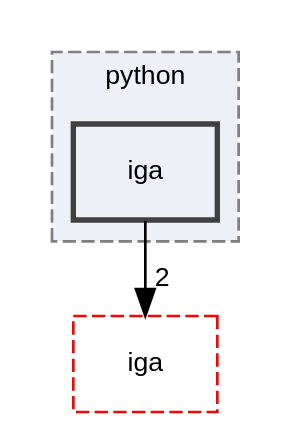
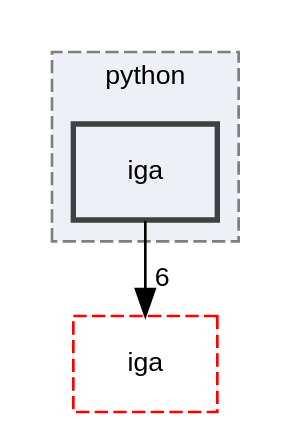
Before and after one commit to rath3t/dune-iga-doc: the diagram in dir_4df0bd6c9c69aa67512ad22eda882a96_dep.dot, drawn with Graphviz. The commit also changed 1110 other files, not shown here.

```diff
--- a/dir_4df0bd6c9c69aa67512ad22eda882a96_dep.dot
+++ b/dir_4df0bd6c9c69aa67512ad22eda882a96_dep.dot
@@ -1,13 +1,13 @@
 digraph "iga"
 {
  // LATEX_PDF_SIZE
   edge [fontname="Helvetica",fontsize="10",labelfontname="Helvetica",labelfontsize="10"];
   node [fontname="Helvetica",fontsize="10",shape=record];
   compound=true
   subgraph clusterdir_e42d0074801678c644b0e137d50ef233 {
     graph [ bgcolor="#edf0f7", pencolor="grey50", style="filled,dashed,", label="python", fontname="Helvetica", fontsize="10", URL="dir_e42d0074801678c644b0e137d50ef233.html"]
   dir_4df0bd6c9c69aa67512ad22eda882a96 [shape=box, label="iga", style="filled,bold,", fillcolor="#edf0f7", color="grey25", URL="dir_4df0bd6c9c69aa67512ad22eda882a96.html"];
   }
   dir_d2a3c23294a1b1015b1b8e8721ddded8 [shape=box, label="iga", style="dashed,", fillcolor="#edf0f7", color="red", URL="dir_d2a3c23294a1b1015b1b8e8721ddded8.html"];
-  dir_4df0bd6c9c69aa67512ad22eda882a96->dir_d2a3c23294a1b1015b1b8e8721ddded8 [headlabel="2", labeldistance=1.5 headhref="dir_000007_000006.html"];
+  dir_4df0bd6c9c69aa67512ad22eda882a96->dir_d2a3c23294a1b1015b1b8e8721ddded8 [headlabel="6", labeldistance=1.5 headhref="dir_000006_000005.html"];
 }
```
